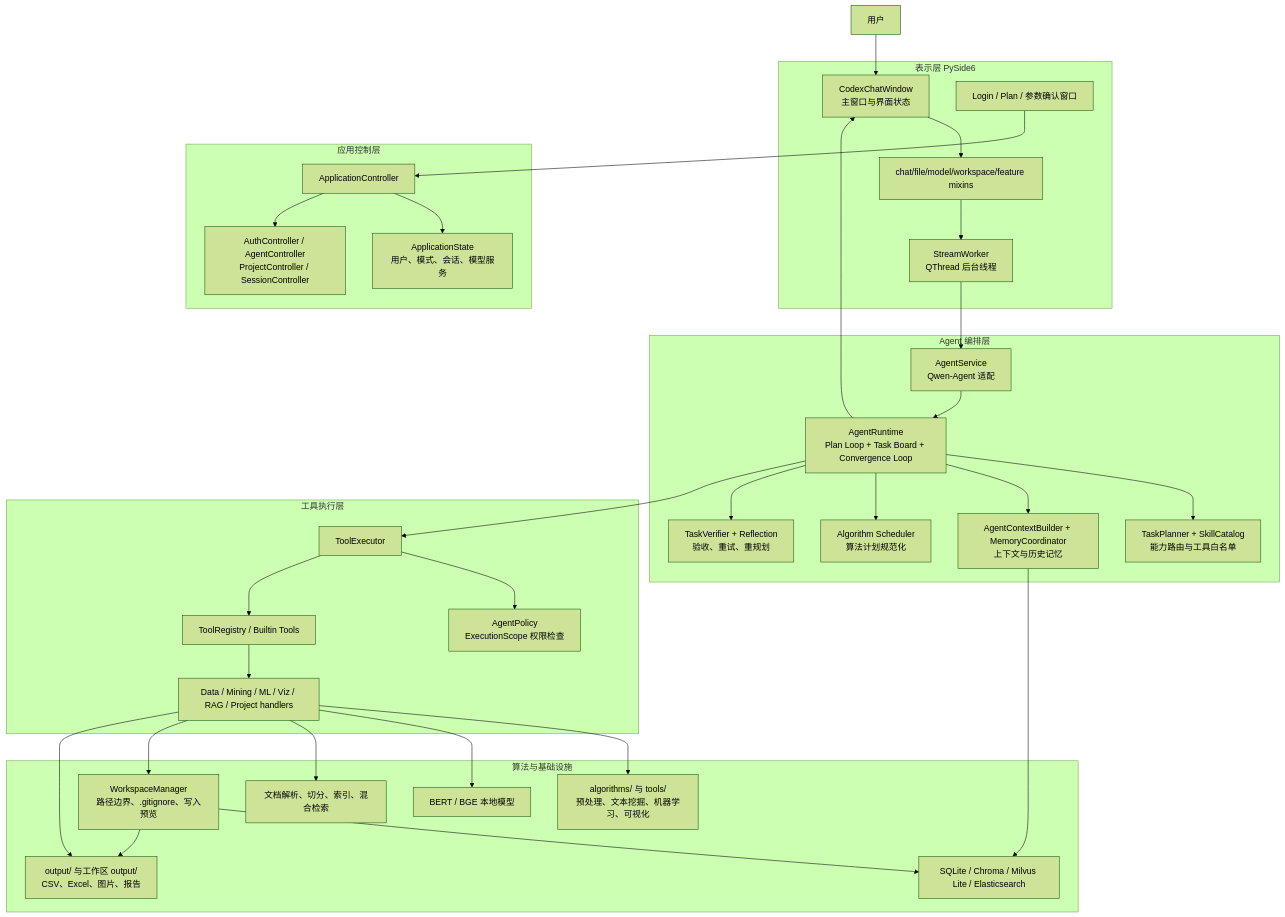
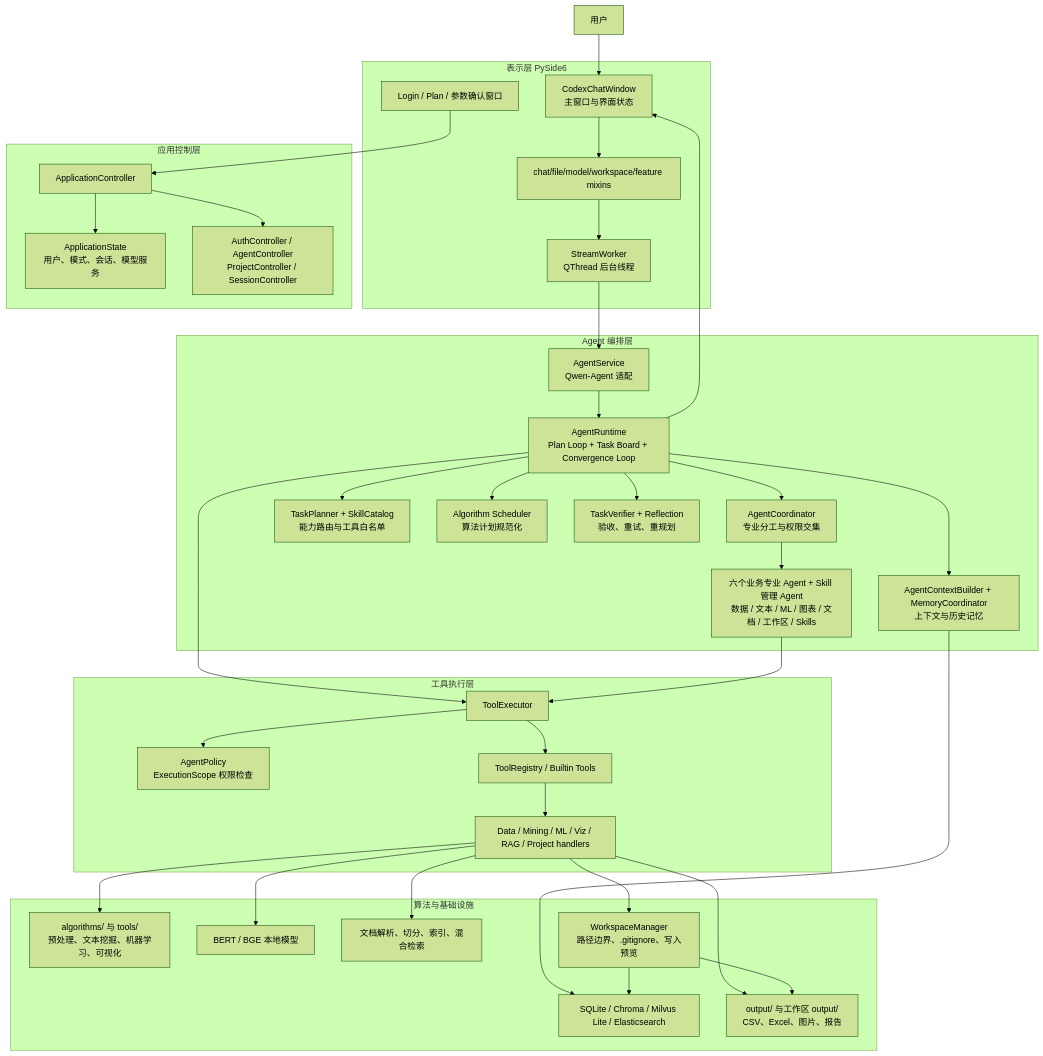
One commit to TrancyWang/mutiple_ml_mining_tool_agent changed the first of 2 diagrams in README.md. Above: the diagram before and after it, drawn with Mermaid (forest theme). The commit also changed other lines of this file and 46 other files, not shown here.

````diff
--- a/README.md
+++ b/README.md
@@ -75,68 +109,73 @@
 ```mermaid
 flowchart TB
     User[用户]
 
     subgraph Presentation[表示层 PySide6]
         MainWindow[CodexChatWindow<br/>主窗口与界面状态]
         Mixins[chat/file/model/workspace/feature mixins]
         Worker[StreamWorker<br/>QThread 后台线程]
         Dialogs[Login / Plan / 参数确认窗口]
     end
 
     subgraph Application[应用控制层]
         AppController[ApplicationController]
         State[ApplicationState<br/>用户、模式、会话、模型服务]
         Controllers[AuthController / AgentController<br/>ProjectController / SessionController]
     end
 
     subgraph Agent[Agent 编排层]
         Service[AgentService<br/>Qwen-Agent 适配]
         Runtime[AgentRuntime<br/>Plan Loop + Task Board + Convergence Loop]
+        Coordinator[AgentCoordinator<br/>专业分工与权限交集]
+        Specialists[六个业务专业 Agent + Skill 管理 Agent<br/>数据 / 文本 / ML / 图表 / 文档 / 工作区 / Skills]
         Planner[TaskPlanner + SkillCatalog<br/>能力路由与工具白名单]
         Context[AgentContextBuilder + MemoryCoordinator<br/>上下文与历史记忆]
         Scheduler[Algorithm Scheduler<br/>算法计划规范化]
         Verifier[TaskVerifier + Reflection<br/>验收、重试、重规划]
     end
 
     subgraph Execution[工具执行层]
         Executor[ToolExecutor]
         Policy[AgentPolicy<br/>ExecutionScope 权限检查]
         Registry[ToolRegistry / Builtin Tools]
         Handlers[Data / Mining / ML / Viz / RAG / Project handlers]
     end
 
     subgraph Domain[算法与基础设施]
         Algorithms[algorithms/ 与 tools/<br/>预处理、文本挖掘、机器学习、可视化]
         LocalModels[BERT / BGE 本地模型]
         RAG[文档解析、切分、索引、混合检索]
         Workspace[WorkspaceManager<br/>路径边界、.gitignore、写入预览]
         Persistence[SQLite / Chroma / Milvus Lite / Elasticsearch]
         Artifacts[output/ 与工作区 output/<br/>CSV、Excel、图片、报告]
     end
 
     User --> MainWindow
     MainWindow --> Mixins
     Mixins --> Worker
     Dialogs --> AppController
     AppController --> State
     AppController --> Controllers
     Worker --> Service
     Service --> Runtime
     Runtime --> Planner
+    Runtime --> Coordinator
+    Coordinator --> Specialists
     Runtime --> Context
     Runtime --> Scheduler
     Runtime --> Verifier
     Runtime --> Executor
+    Specialists --> Executor
     Executor --> Policy
     Executor --> Registry
     Registry --> Handlers
     Handlers --> Algorithms
     Handlers --> LocalModels
     Handlers --> RAG
     Handlers --> Workspace
     Handlers --> Artifacts
     Context --> Persistence
     Workspace --> Persistence
     Workspace --> Artifacts
     Runtime --> MainWindow
 ```
````
